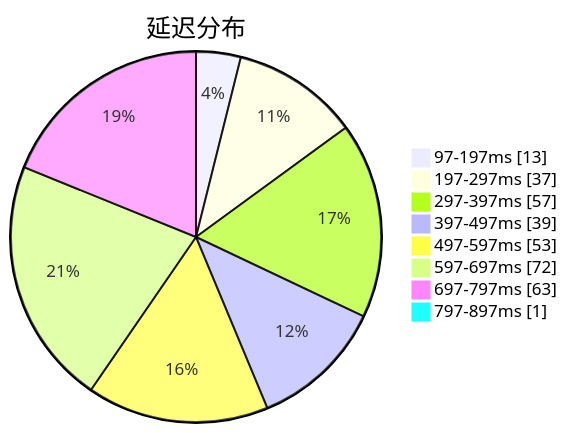
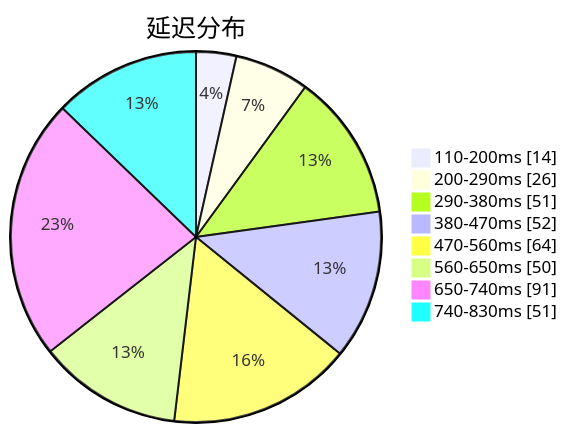
The first of 3 diagrams in subs/statistics/tested_within.md (sinspired/airport), drawn with Mermaid before and after one commit. The commit also changed other lines of this file and 2 other files, not shown here.

````diff
--- a/subs/statistics/tested_within.md
+++ b/subs/statistics/tested_within.md
@@ -2,12 +2,12 @@
 ```mermaid
 pie showData
 title 延迟分布
-"97-197ms" : 13
-"197-297ms" : 37
-"297-397ms" : 57
-"397-497ms" : 39
-"497-597ms" : 53
-"597-697ms" : 72
-"697-797ms" : 63
-"797-897ms" : 1
+"110-200ms" : 14
+"200-290ms" : 26
+"290-380ms" : 51
+"380-470ms" : 52
+"470-560ms" : 64
+"560-650ms" : 50
+"650-740ms" : 91
+"740-830ms" : 51
 ```
````
